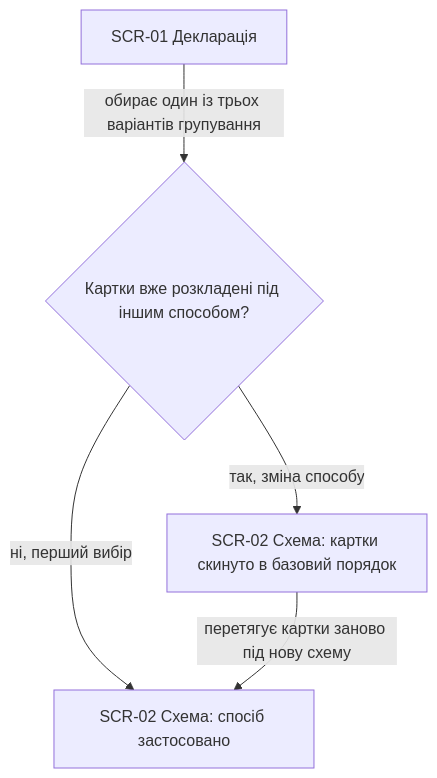
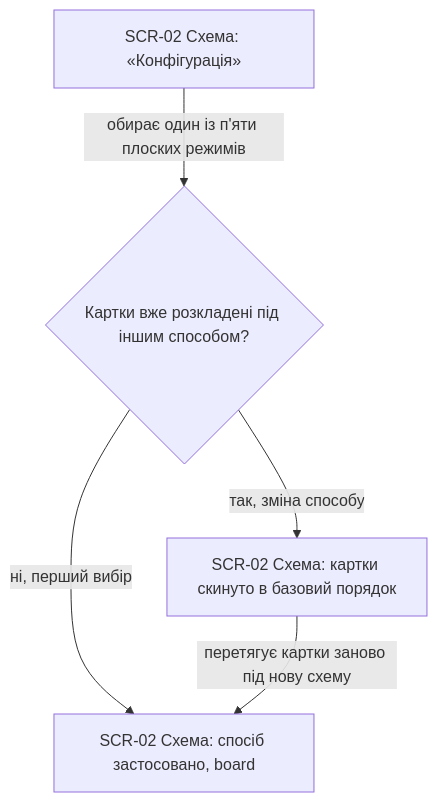
One commit to danyllukandrey-cloud/claude-workspace changed the second of 8 diagrams in docs/features/structure/ux-flows.md. Above: the diagram before and after it, drawn with Mermaid. The commit also changed other lines of this file and 10 other files, not shown here.

First line of the commit message:
feat(structure): D-131 -- Декларація view/edit + Конфігурація на Схемі

````diff
--- a/docs/features/structure/ux-flows.md
+++ b/docs/features/structure/ux-flows.md
@@ -55,7 +57,7 @@
 ```mermaid
 flowchart TD
-    A[SCR-01 Декларація] -->|обирає один із трьох варіантів групування| B{Картки вже розкладені під іншим способом?}
-    B -->|ні, перший вибір| C[SCR-02 Схема: спосіб застосовано]
+    A[SCR-02 Схема: «Конфігурація»] -->|обирає один із п'яти плоских режимів| B{Картки вже розкладені під іншим способом?}
+    B -->|ні, перший вибір| C[SCR-02 Схема: спосіб застосовано, board]
     B -->|так, зміна способу| D[SCR-02 Схема: картки скинуто в базовий порядок]
     D -->|перетягує картки заново під нову схему| C
 ```
````
